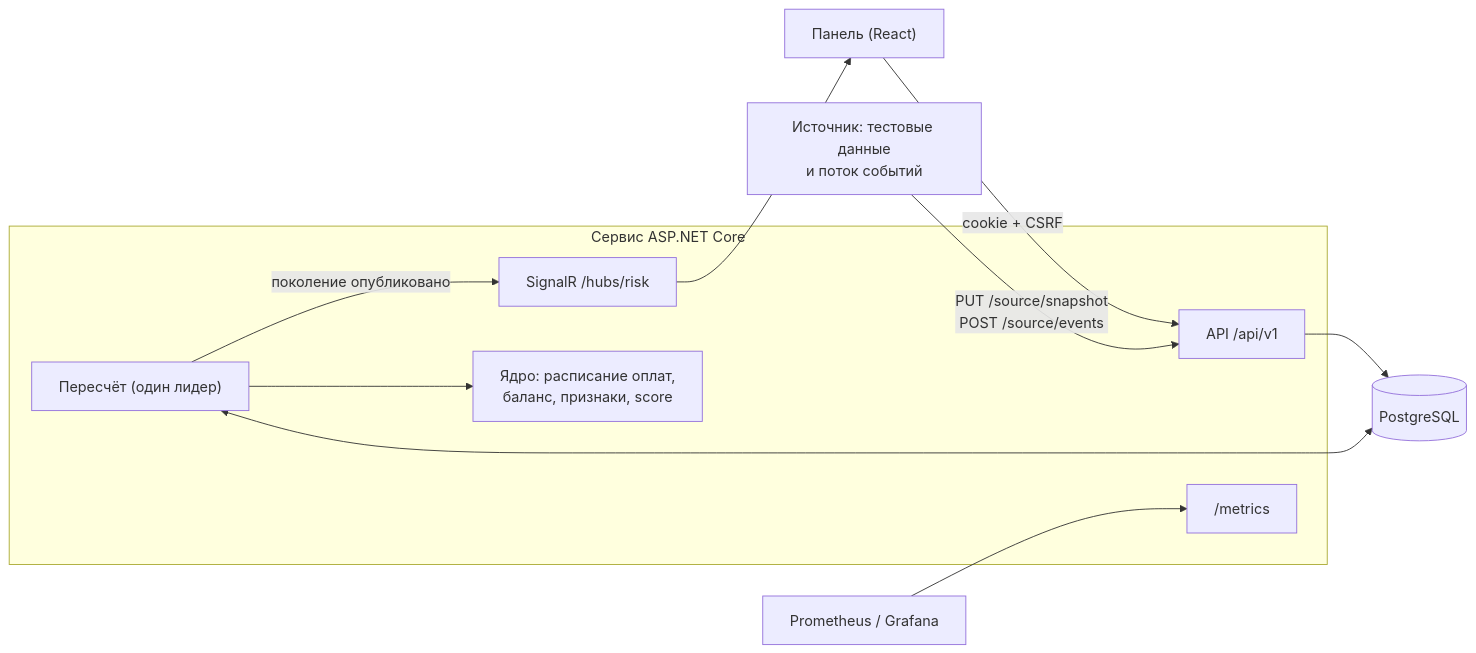
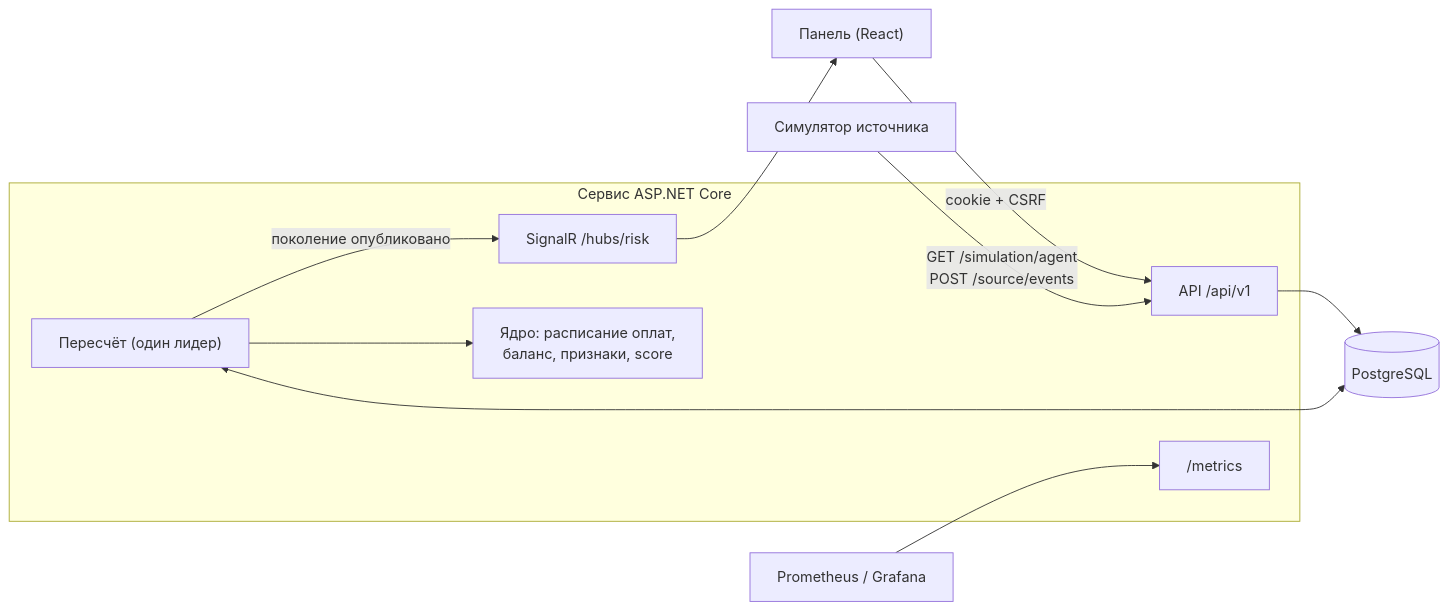
Before and after one commit to inmovery/hack-risk-analysis: the diagram in docs/architecture.md, drawn with Mermaid. The commit also changed other lines of this file and 168 other files, not shown here.

````diff
--- a/docs/architecture.md
+++ b/docs/architecture.md
@@ -21,19 +22,19 @@
 ```mermaid
 flowchart LR
-  SRC["Источник: тестовые данные\nи поток событий"] -->|PUT /source/snapshot\nPOST /source/events| API
+  SIM["Симулятор источника"] -->|GET /simulation/agent\nPOST /source/events| API
   UI["Панель (React)"] -->|cookie + CSRF| API
   subgraph APP["Сервис ASP.NET Core"]
     API["API /api/v1"]
     W["Пересчёт (один лидер)"]
     CORE["Ядро: расписание оплат,\nбаланс, признаки, score"]
     HUB["SignalR /hubs/risk"]
     MET["/metrics"]
   end
   DB[("PostgreSQL")]
   API --> DB
   W <--> DB
   W --> CORE
   W -->|поколение опубликовано| HUB
   HUB --> UI
   PROM["Prometheus / Grafana"] --> MET
 ```
````
